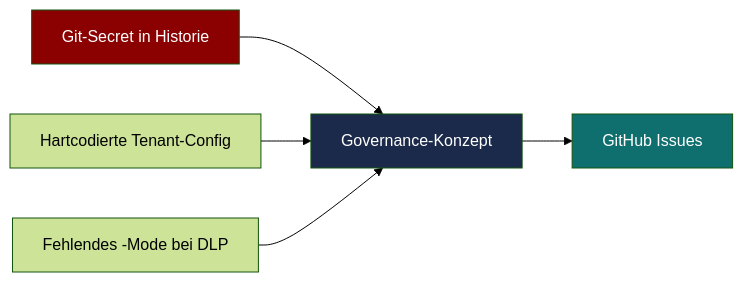
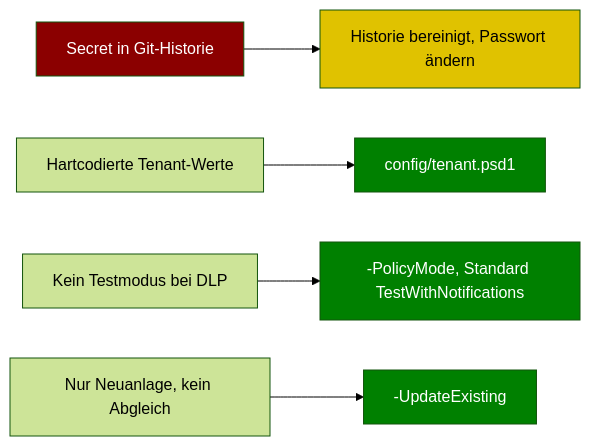
Before and after one commit to WeissiEfficiency/Purview: the eighth of 10 diagrams in Roadmap/Visualisierungen.md, drawn with Mermaid (forest theme). The commit also changed other lines of this file and 22 other files, not shown here.

````diff
--- a/Roadmap/Visualisierungen.md
+++ b/Roadmap/Visualisierungen.md
@@ -150,11 +176,13 @@
 ```mermaid
 flowchart LR
-    Secret["Git-Secret in Historie"] --> Gov["Governance-Konzept"]
-    Hardcode["Hartcodierte Tenant-Config"] --> Gov
-    Mode["Fehlendes -Mode bei DLP"] --> Gov
-    Gov --> Issues["GitHub Issues"]
+    Secret["Secret in Git-Historie"] --> Fix1["Historie bereinigt, Passwort ändern"]
+    Hardcode["Hartcodierte Tenant-Werte"] --> Fix2["config/tenant.psd1"]
+    Mode["Kein Testmodus bei DLP"] --> Fix3["-PolicyMode, Standard TestWithNotifications"]
+    Drift["Nur Neuanlage, kein Abgleich"] --> Fix4["-UpdateExisting"]
 
     style Secret fill:#8b0000,color:#fff
-    style Gov fill:#1b2a4a,color:#fff
-    style Issues fill:#0f6f6f,color:#fff
+    style Fix1 fill:#e0c200,color:#000
+    style Fix2 fill:#008000,color:#fff
+    style Fix3 fill:#008000,color:#fff
+    style Fix4 fill:#008000,color:#fff
 ```
````
